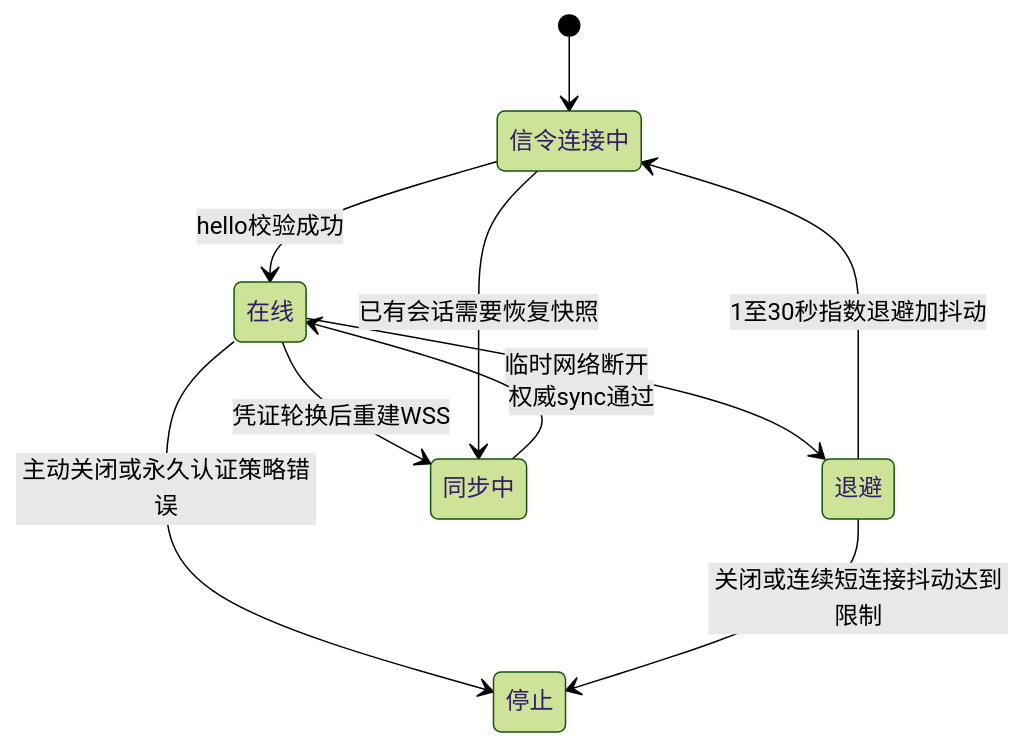
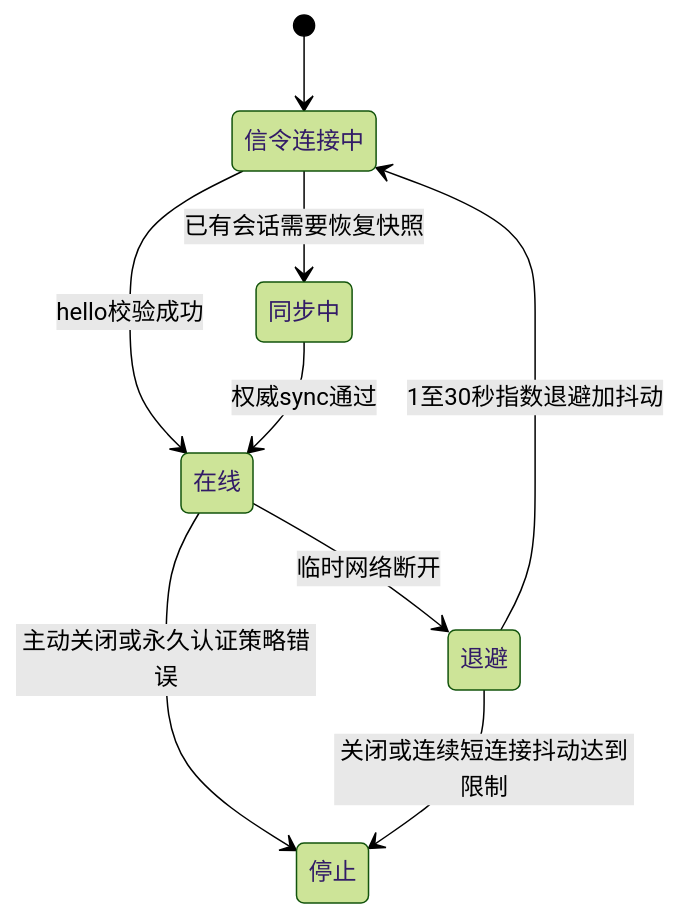
The third of 5 diagrams in docs/SDK身份与信令模块.md (barry-ran/peerloom), drawn with Mermaid (forest theme) before and after one commit. The commit also changed other lines of this file and 116 other files, not shown here.

````diff
--- a/docs/SDK身份与信令模块.md
+++ b/docs/SDK身份与信令模块.md
@@ -89,12 +90,11 @@
 ```mermaid
 stateDiagram-v2
     [*] --> 信令连接中
     信令连接中 --> 在线: hello校验成功
     在线 --> 退避: 临时网络断开
     退避 --> 信令连接中: 1至30秒指数退避加抖动
-    在线 --> 同步中: 凭证轮换后重建WSS
     信令连接中 --> 同步中: 已有会话需要恢复快照
     同步中 --> 在线: 权威sync通过
     在线 --> 停止: 主动关闭或永久认证策略错误
     退避 --> 停止: 关闭或连续短连接抖动达到限制
 ```
````
